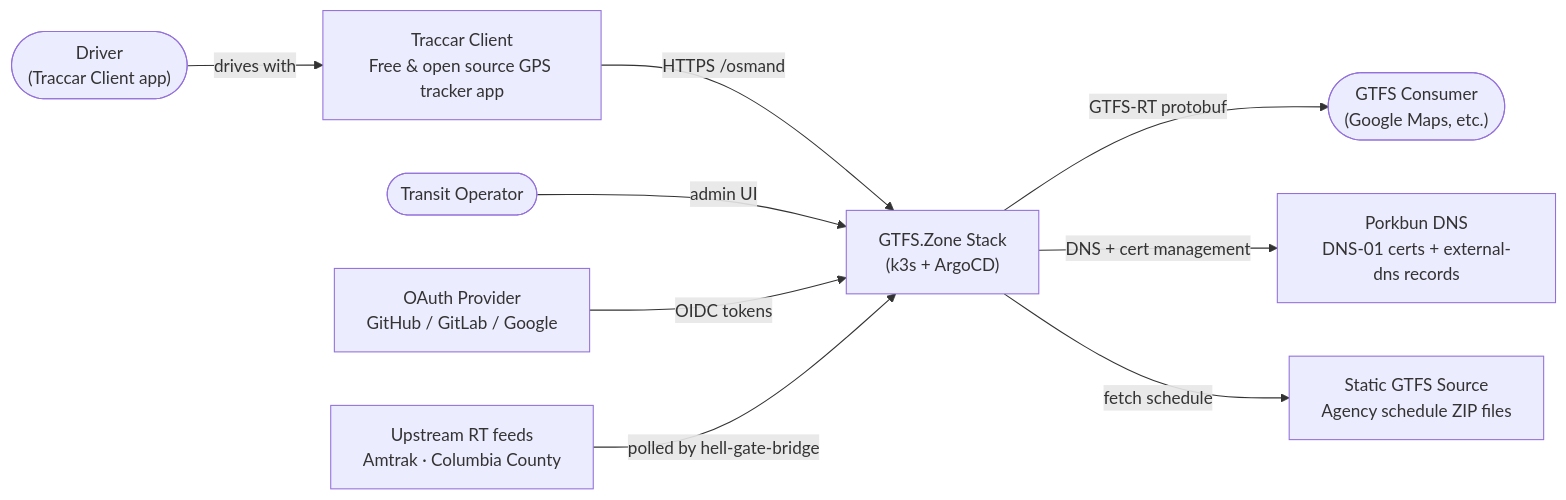
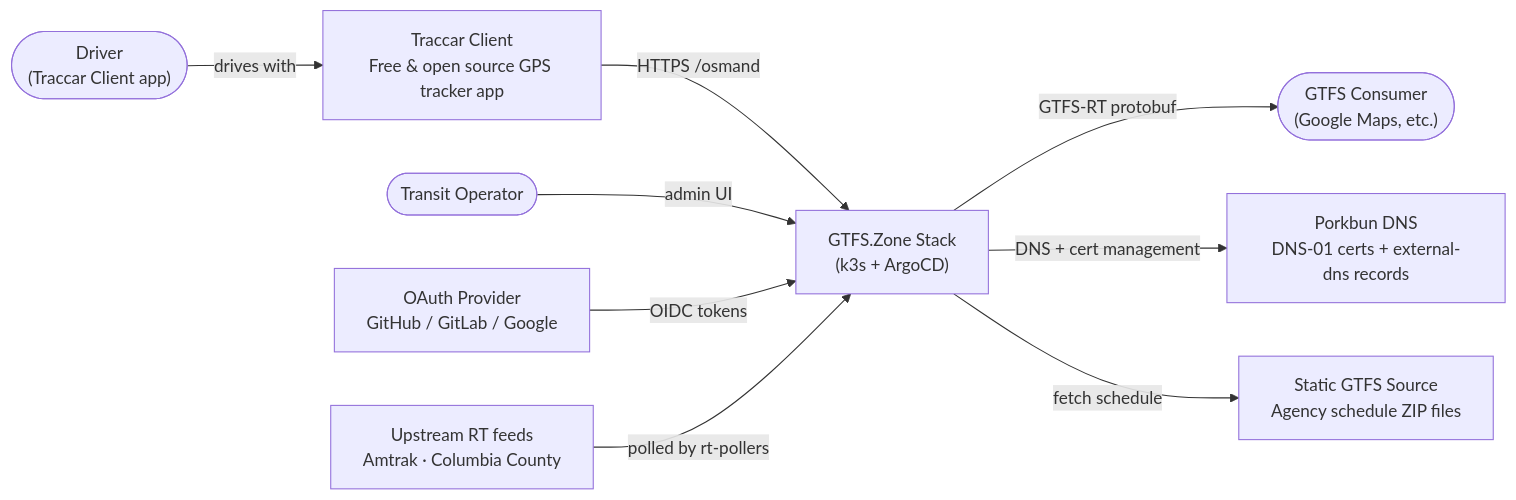
One commit to gtfs-zone/deploy-gtfs-rt changed the third of 8 diagrams in README.md. Above: the diagram before and after it, drawn with Mermaid. The commit also changed other lines of this file and 3 other files, not shown here.

````diff
--- a/README.md
+++ b/README.md
@@ -165,23 +165,23 @@
 ```mermaid
 flowchart LR
     driver(["Driver<br>(Traccar Client app)"])
     operator(["Transit Operator"])
     consumer(["GTFS Consumer<br>(Google Maps, etc.)"])
 
     traccar_app["Traccar Client<br>Free & open source GPS tracker app"]
     oauth["OAuth Provider<br>GitHub / GitLab / Google"]
     porkbun["Porkbun DNS<br>DNS-01 certs + external-dns records"]
     gtfs_src["Static GTFS Source<br>Agency schedule ZIP files"]
     upstream["Upstream RT feeds<br>Amtrak · Columbia County"]
 
     stack["GTFS.Zone Stack<br>(k3s + ArgoCD)"]
 
     driver -->|"drives with"| traccar_app
     traccar_app -->|"HTTPS /osmand"| stack
     operator -->|"admin UI"| stack
     stack -->|"GTFS-RT protobuf"| consumer
     stack -->|"DNS + cert management"| porkbun
     oauth -->|"OIDC tokens"| stack
     stack -->|"fetch schedule"| gtfs_src
-    upstream -->|"polled by hell-gate-bridge"| stack
+    upstream -->|"polled by rt-pollers"| stack
 ```
````
